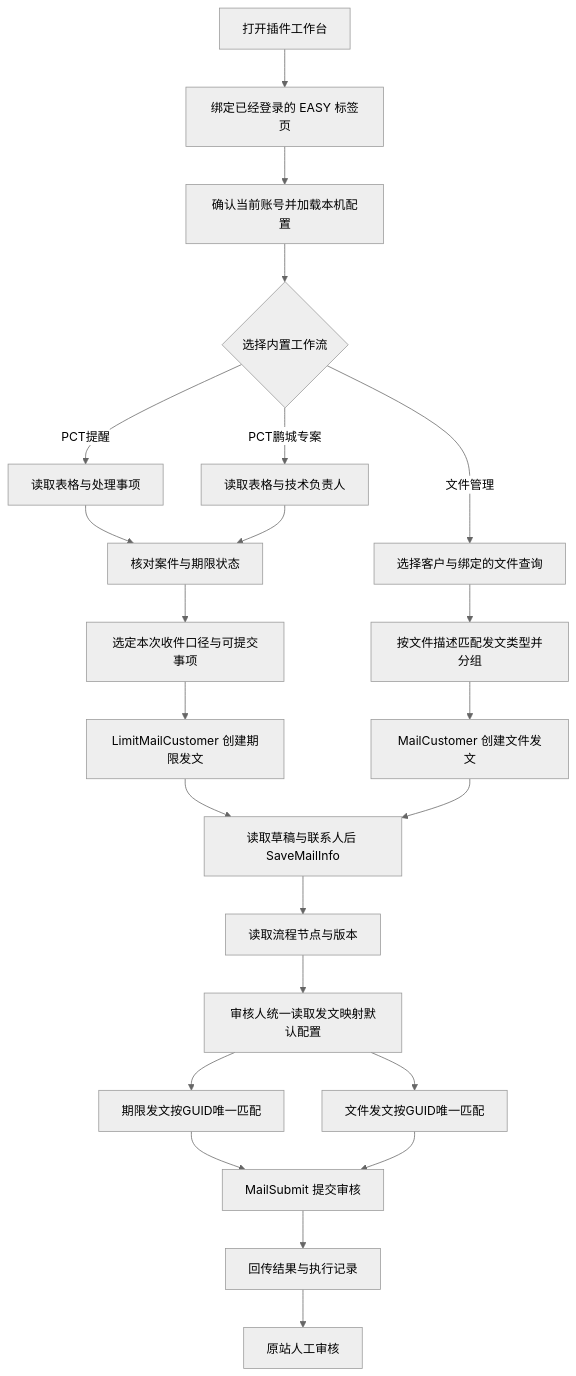
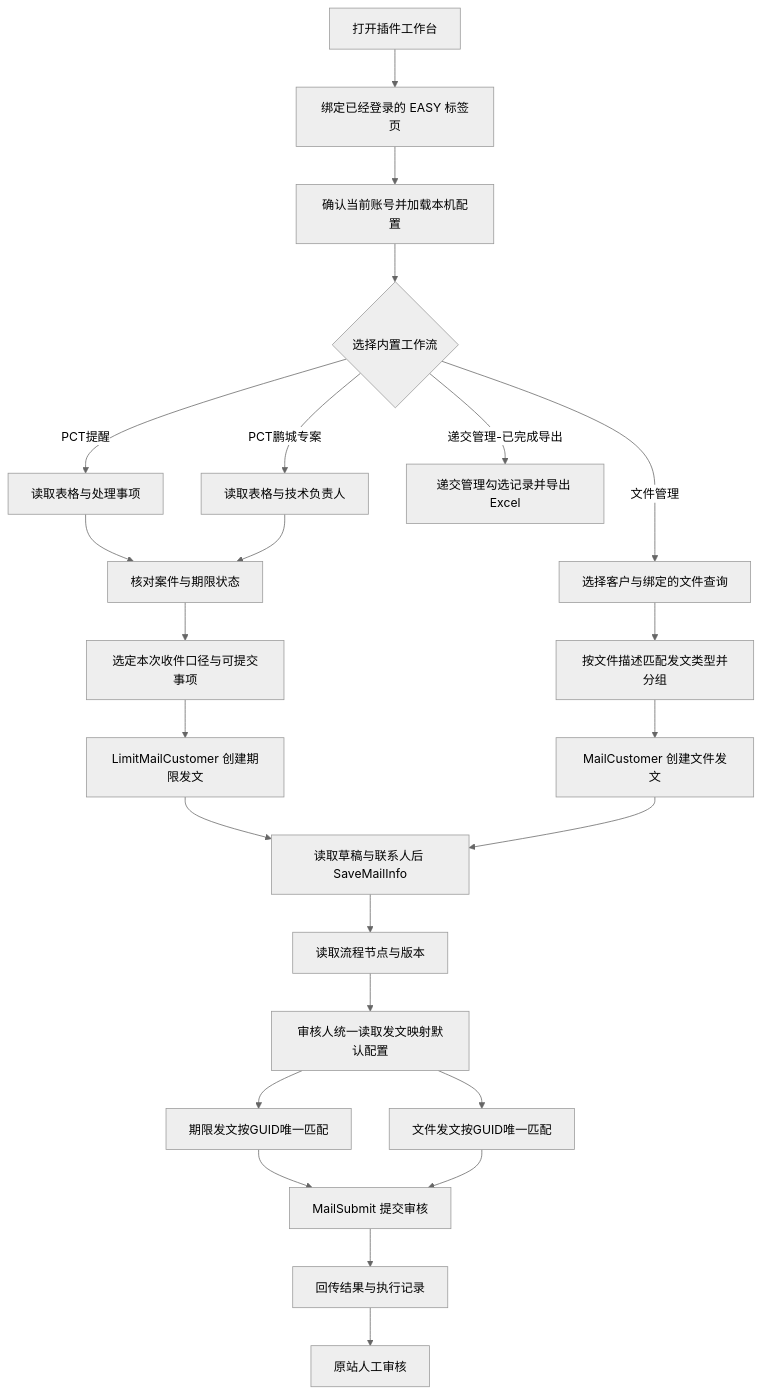
Before and after one commit to haohaizi233/patmail: the first of 2 diagrams in patmail-extension/docs/workflows/README.md, drawn with Mermaid (neutral theme). The commit also changed other lines of this file and 45 other files, not shown here.

Commit message:
递交管理加查询模板和「已完成导出」工作流：内置「退回」模板、勾选后一键导出八列 Excel 自动下载，GetFinished 补 filing_new 对齐原站，按钮与进度条对标期限监控，打包校验脚本补回。

````diff
--- a/patmail-extension/docs/workflows/README.md
+++ b/patmail-extension/docs/workflows/README.md
@@ -21,28 +22,29 @@
 ```mermaid
 flowchart TD
   A[打开插件工作台] --> B[绑定已经登录的 EASY 标签页]
   B --> C[确认当前账号并加载本机配置]
   C --> D{选择内置工作流}
   D -->|PCT提醒| P[读取表格与处理事项]
   D -->|PCT鹏城专案| Q[读取表格与技术负责人]
   D -->|文件管理| F[选择客户与绑定的文件查询]
+  D -->|递交管理-已完成导出| X[递交管理勾选记录并导出 Excel]
   P --> L[核对案件与期限状态]
   Q --> L
   L --> R[选定本次收件口径与可提交事项]
   R --> LC[LimitMailCustomer 创建期限发文]
   F --> M[按文件描述匹配发文类型并分组]
   M --> FC[MailCustomer 创建文件发文]
   LC --> S[读取草稿与联系人后 SaveMailInfo]
   FC --> S
   S --> G[读取流程节点与版本]
   G --> K[审核人统一读取发文映射默认配置]
   K --> U[期限发文按GUID唯一匹配]
   K --> V[文件发文按GUID唯一匹配]
   U --> T[MailSubmit 提交审核]
   V --> T
   T --> Z[回传结果与执行记录]
   Z --> H[原站人工审核]
   class A pmStep
   class D pmDecision
   class H pmSuccess
 ```
````
